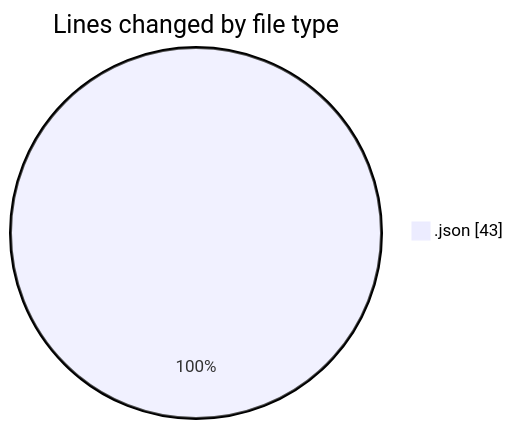
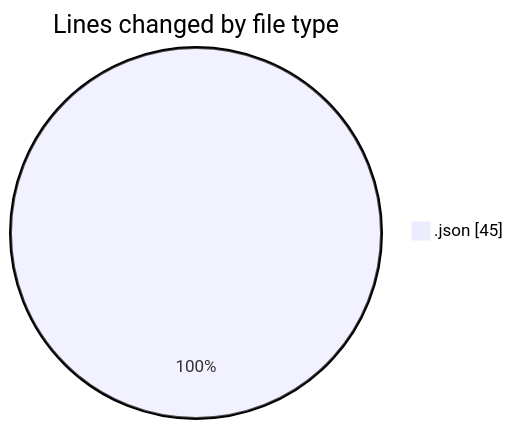
One commit to debugP/code-tracking changed the first of 2 diagrams in 2025-08-28/woocommerce-custom-product-bundles/README.md. Above: the diagram before and after it, drawn with Mermaid. The commit also changed other lines of this file and 1 other file, not shown here.

````diff
--- a/2025-08-28/woocommerce-custom-product-bundles/README.md
+++ b/2025-08-28/woocommerce-custom-product-bundles/README.md
@@ -20,5 +20,5 @@
 ```mermaid
 pie showData
 title Lines changed by file type
-".json" : 43
+".json" : 45
 ```
````
